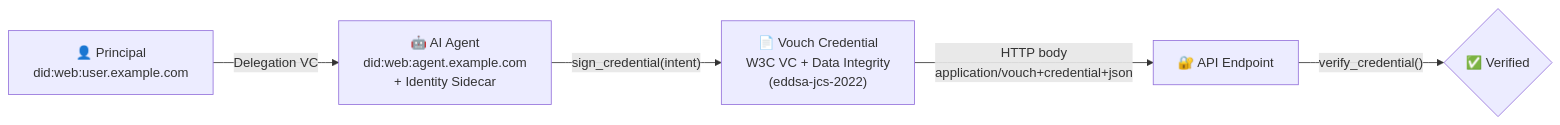
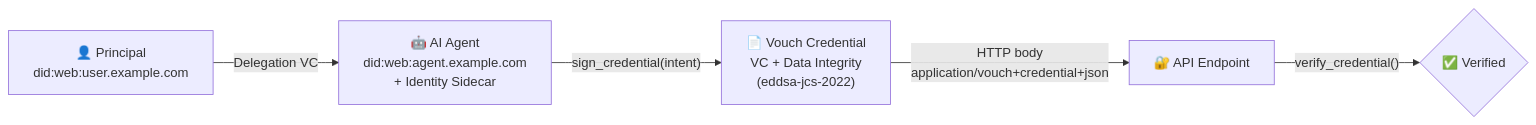
The first of 2 diagrams in README.md (vouch-protocol/vouch), drawn with Mermaid before and after one commit. The commit also changed other lines of this file and 164 other files, not shown here.

````diff
--- a/README.md
+++ b/README.md
@@ -113,13 +112,13 @@
 ```mermaid
 flowchart LR
-    P["👤 Principal<br/>did:web:user.example.com"]
-    A["🤖 AI Agent<br/>did:web:agent.example.com<br/>+ Identity Sidecar"]
-    C["📄 Vouch Credential<br/>W3C VC + Data Integrity<br/>(eddsa-jcs-2022)"]
-    API["🔐 API Endpoint"]
-    V{"✅ Verified"}
+  P["👤 Principal<br/>did:web:user.example.com"]
+  A["🤖 AI Agent<br/>did:web:agent.example.com<br/>+ Identity Sidecar"]
+  C["📄 Vouch Credential<br/>VC + Data Integrity<br/>(eddsa-jcs-2022)"]
+  API["🔐 API Endpoint"]
+  V{"✅ Verified"}
 
-    P -->|"Delegation VC"| A
-    A -->|"sign_credential(intent)"| C
-    C -->|"HTTP body<br/>application/vouch+credential+json"| API
-    API -->|"verify_credential()"| V
+  P -->|"Delegation VC"| A
+  A -->|"sign_credential(intent)"| C
+  C -->|"HTTP body<br/>application/vouch+credential+json"| API
+  API -->|"verify_credential()"| V
 ```
````
